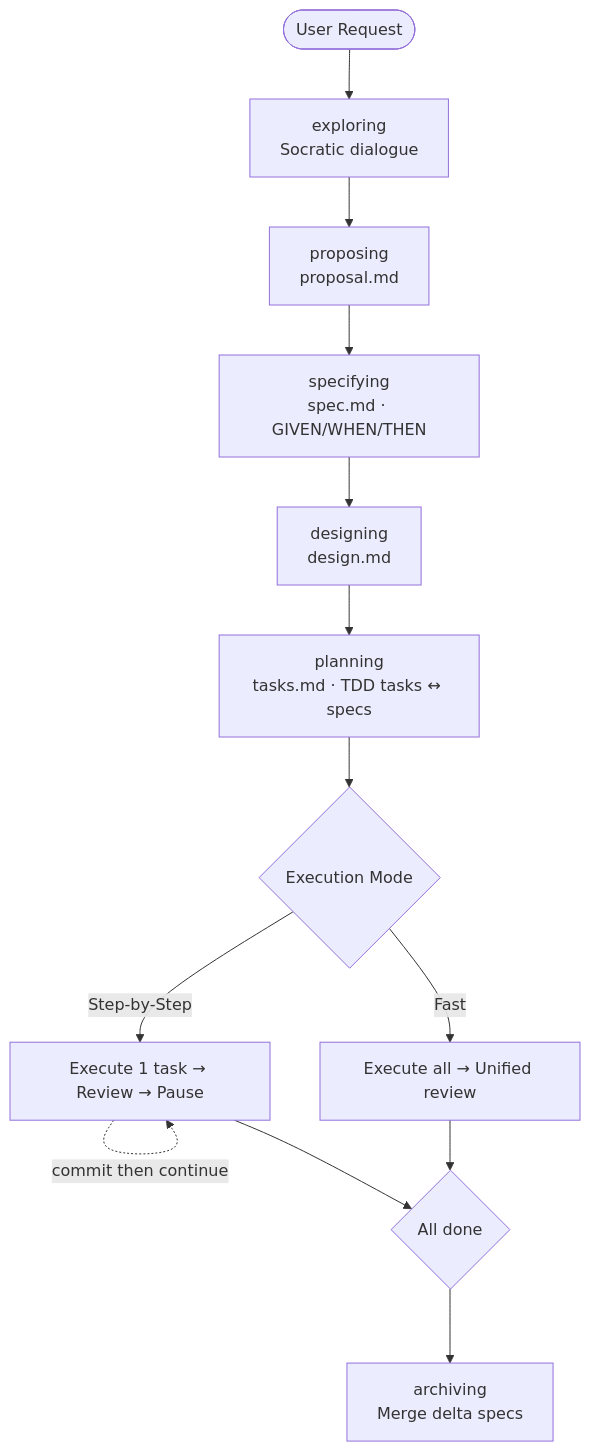
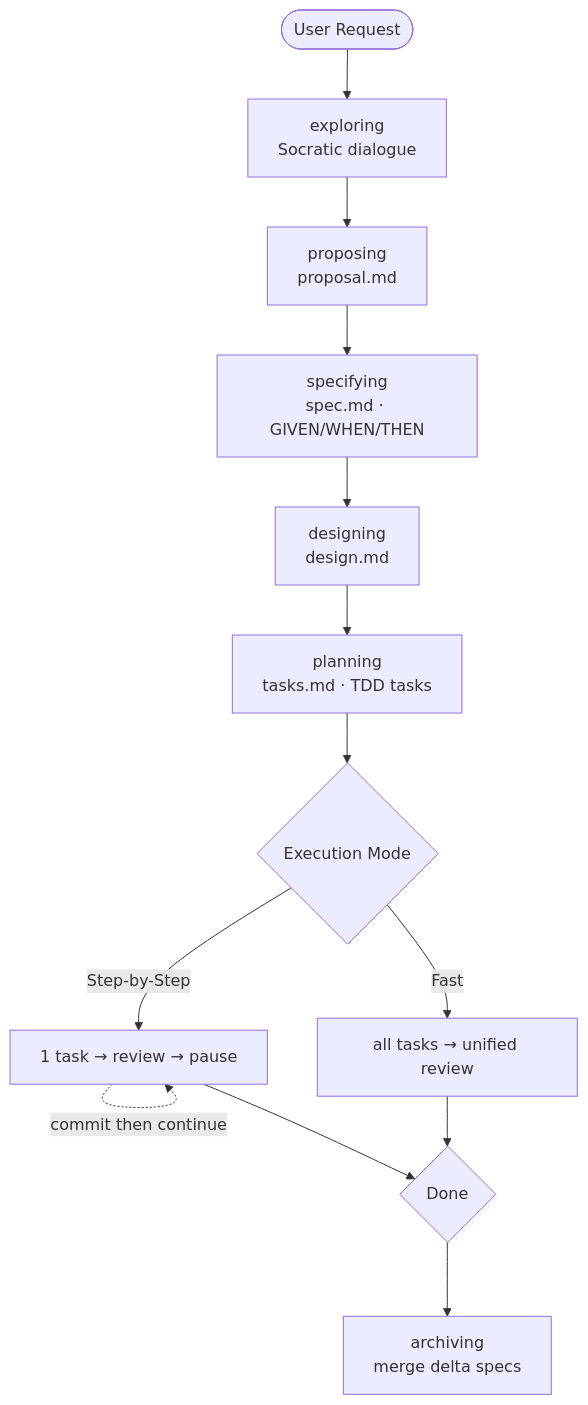
The diagram in README.md (NSObjects/specpowers), drawn with Mermaid before and after one commit. The commit also changed other lines of this file and 75 other files, not shown here.

````diff
--- a/README.md
+++ b/README.md
@@ -25,15 +40,15 @@
 ```mermaid
 flowchart TD
     Start([User Request]) --> Exploring[exploring<br/>Socratic dialogue]
     Exploring --> Proposing[proposing<br/>proposal.md]
     Proposing --> Specifying[specifying<br/>spec.md · GIVEN/WHEN/THEN]
     Specifying --> Designing[designing<br/>design.md]
-    Designing --> Planning[planning<br/>tasks.md · TDD tasks ↔ specs]
+    Designing --> Planning[planning<br/>tasks.md · TDD tasks]
     Planning --> Choice{Execution Mode}
-    Choice -->|Step-by-Step| Step[Execute 1 task → Review → Pause]
-    Choice -->|Fast| Fast[Execute all → Unified review]
+    Choice -->|Step-by-Step| Step[1 task → review → pause]
+    Choice -->|Fast| Fast[all tasks → unified review]
     Step -.->|commit then continue| Step
     Step --> Done
     Fast --> Done
-    Done{All done} --> Archiving[archiving<br/>Merge delta specs]
+    Done{Done} --> Archiving[archiving<br/>merge delta specs]
 ```
````
